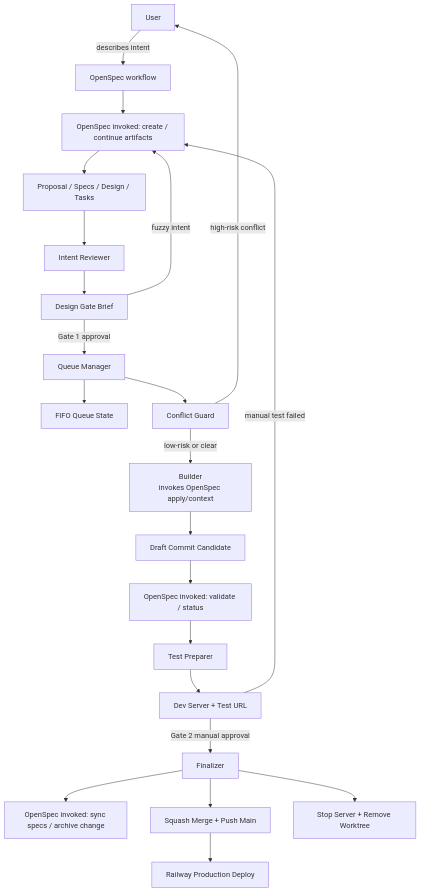
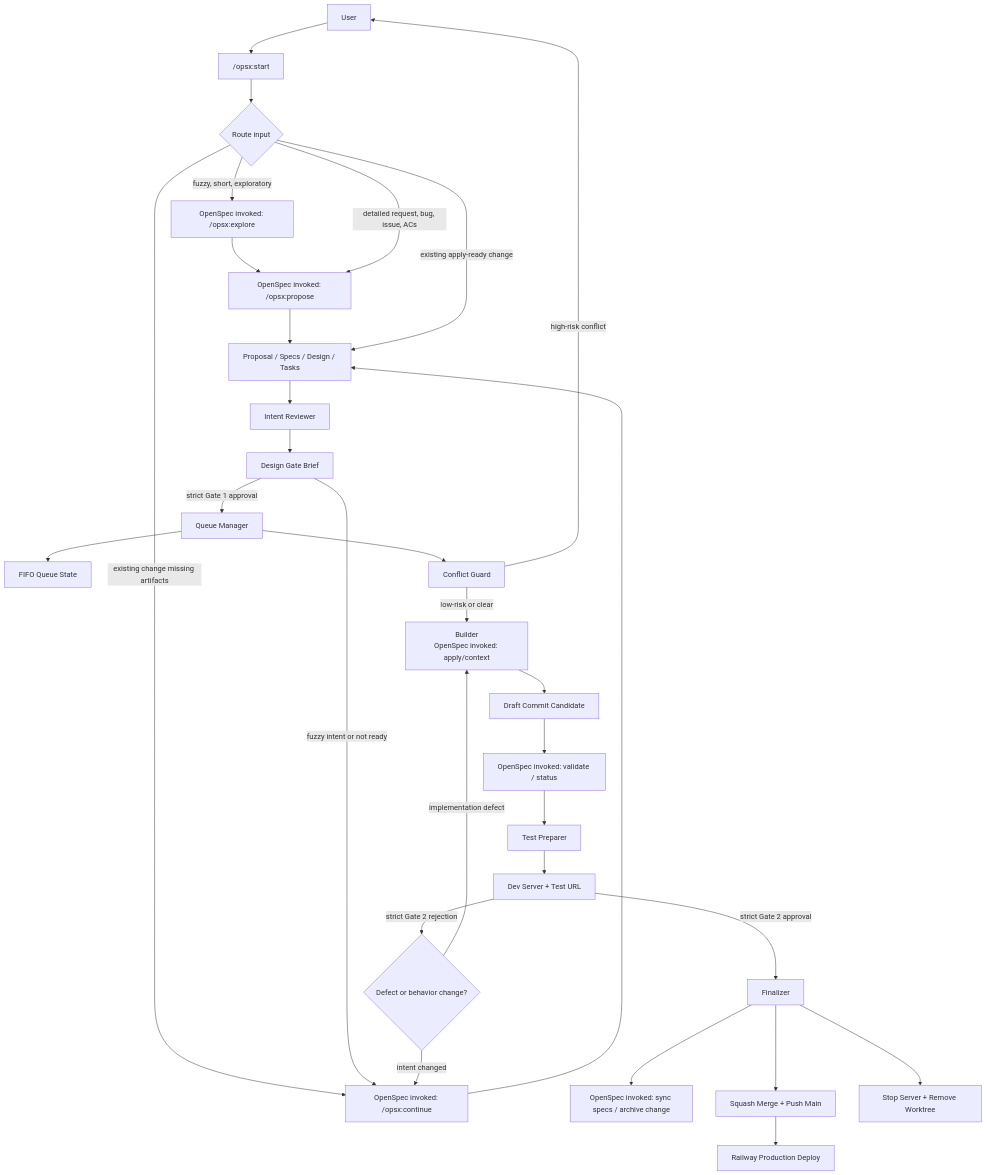
Before and after one commit to jphartley/morning-analytics: the diagram in openspec/changes/parallel-openspec-delivery-queue/design.md, drawn with Mermaid. The commit also changed other lines of this file and 16 other files, not shown here.

Commit message:
Add OpenSpec delivery queue workflow

````diff
--- a/openspec/changes/parallel-openspec-delivery-queue/design.md
+++ b/openspec/changes/parallel-openspec-delivery-queue/design.md
@@ -41,27 +44,37 @@
 ```mermaid
 flowchart TD
-    User["User"] -->|describes intent| OpenSpec["OpenSpec workflow"]
-    OpenSpec --> CreateArtifacts["OpenSpec invoked: create / continue artifacts"]
-    CreateArtifacts --> Artifacts["Proposal / Specs / Design / Tasks"]
+    User["User"] --> Start["/opsx:start"]
+
+    Start --> Route{"Route input"}
+    Route -->|fuzzy, short, exploratory| Explore["OpenSpec invoked: /opsx:explore"]
+    Explore --> Propose["OpenSpec invoked: /opsx:propose"]
+    Route -->|detailed request, bug, issue, ACs| Propose
+    Route -->|existing change missing artifacts| Continue["OpenSpec invoked: /opsx:continue"]
+    Continue --> Artifacts["Proposal / Specs / Design / Tasks"]
+    Propose --> Artifacts
+    Route -->|existing apply-ready change| Artifacts
+
     Artifacts --> DGR["Intent Reviewer"]
     DGR --> Brief["Design Gate Brief"]
-    Brief -->|Gate 1 approval| Orchestrator["Queue Manager"]
-    Brief -->|fuzzy intent| CreateArtifacts
+    Brief -->|fuzzy intent or not ready| Continue
+    Brief -->|strict Gate 1 approval| Orchestrator["Queue Manager"]
 
     Orchestrator --> Queue["FIFO Queue State"]
     Orchestrator --> Conflict["Conflict Guard"]
-    Conflict -->|low-risk or clear| Worktree["Builder<br/>invokes OpenSpec apply/context"]
+    Conflict -->|low-risk or clear| Builder["Builder<br/>OpenSpec invoked: apply/context"]
     Conflict -->|high-risk conflict| User
 
-    Worktree --> Candidate["Draft Commit Candidate"]
+    Builder --> Candidate["Draft Commit Candidate"]
     Candidate --> Validate["OpenSpec invoked: validate / status"]
-    Validate --> Verify["Test Preparer"]
-    Verify --> Server["Dev Server + Test URL"]
-    Server -->|Gate 2 manual approval| Finalizer["Finalizer"]
-    Server -->|manual test failed| CreateArtifacts
+    Validate --> TestPrep["Test Preparer"]
+    TestPrep --> Server["Dev Server + Test URL"]
+    Server -->|strict Gate 2 rejection| Rework{"Defect or behavior change?"}
+    Rework -->|implementation defect| Builder
+    Rework -->|intent changed| Continue
+    Server -->|strict Gate 2 approval| Finalizer["Finalizer"]
 
     Finalizer --> Archive["OpenSpec invoked: sync specs / archive change"]
     Finalizer --> Main["Squash Merge + Push Main"]
     Main --> Railway["Railway Production Deploy"]
     Finalizer --> Cleanup["Stop Server + Remove Worktree"]
 ```
````
